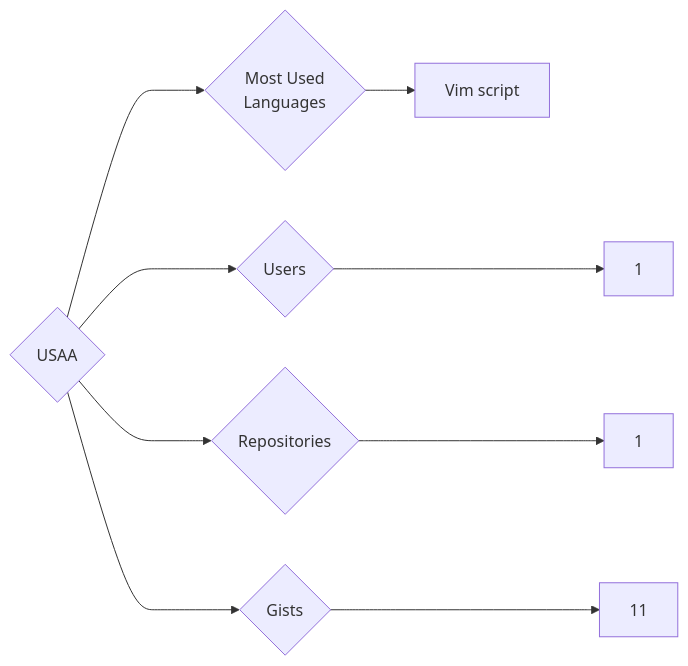
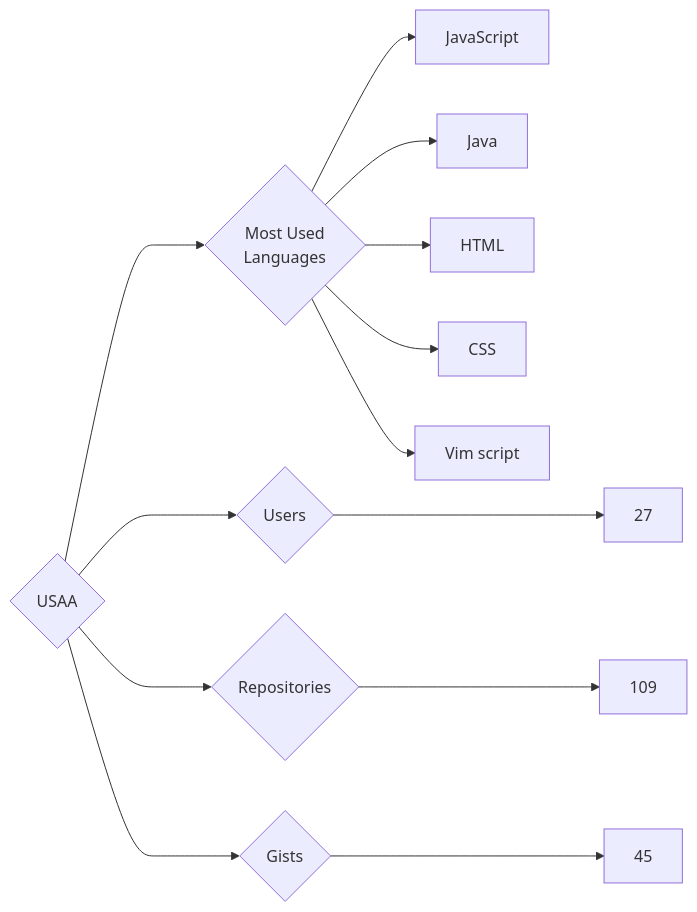
The diagram in targets/USAA/README.md (trickest/insiders), drawn with Mermaid before and after one commit. The commit also changed 973 other files, not shown here.

````diff
--- a/targets/USAA/README.md
+++ b/targets/USAA/README.md
@@ -3,9 +3,13 @@
 ```mermaid
 graph LR
 COMPANY_NAME{USAA}
-COMPANY_NAME ---> U{Users} ---> UN[1]
-COMPANY_NAME ---> R{Repositories} ---> RN[1]
-COMPANY_NAME ---> G{Gists} ---> GN[11]
+COMPANY_NAME ---> U{Users} ---> UN[27]
+COMPANY_NAME ---> R{Repositories} ---> RN[109]
+COMPANY_NAME ---> G{Gists} ---> GN[45]
 COMPANY_NAME ---> ML{Most Used<br>Languages}
+ML --> JavaScript[JavaScript]
+ML --> Java[Java]
+ML --> HTML[HTML]
+ML --> CSS[CSS]
 ML --> Vim_script[Vim script]
 ```
````
